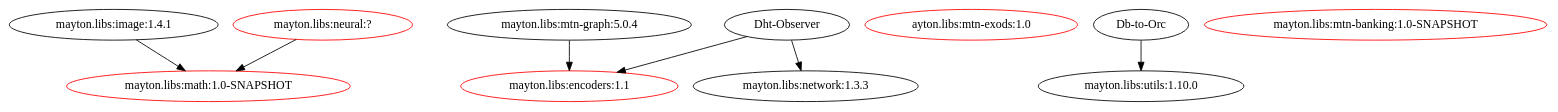
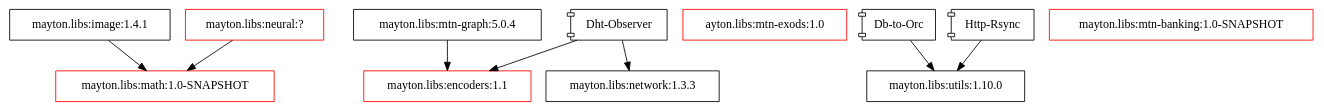
The diagram in libraries/libs.dot (Mark-Kovalyov/cv), drawn with Graphviz before and after one commit. The commit also changed 2 other files, not shown here.

```diff
--- a/libraries/libs.dot
+++ b/libraries/libs.dot
@@ -1,31 +1,33 @@
 digraph mtnuniverse {
      subgraph libraries {
           label = "Libraries";
           color=blue;
 
-          image    [label = "mayton.libs:image:1.4.1"];
-          math     [label = "mayton.libs:math:1.0-SNAPSHOT" color = red];
-          neural   [label = "mayton.libs:neural:?" color = red];
-          "graph"  [label = "mayton.libs:mtn-graph:5.0.4" ];
-          exods    [label = "ayton.libs:mtn-exods:1.0" color = red]
-          encoders [label = "mayton.libs:encoders:1.1" color = red];
-          network  [label = "mayton.libs:network:1.3.3"];
-          utils    [label = "mayton.libs:utils:1.10.0"];
-          banking  [label = "mayton.libs:mtn-banking:1.0-SNAPSHOT" color = red];
+          image    [label = "mayton.libs:image:1.4.1" shape = box];
+          math     [label = "mayton.libs:math:1.0-SNAPSHOT" color = red shape = box;];
+          neural   [label = "mayton.libs:neural:?" color = red shape = box;];
+          "graph"  [label = "mayton.libs:mtn-graph:5.0.4" shape = box;];
+          exods    [label = "ayton.libs:mtn-exods:1.0" color = red shape = box;]
+          encoders [label = "mayton.libs:encoders:1.1" color = red shape = box;];
+          network  [label = "mayton.libs:network:1.3.3" shape = box;];
+          utils    [label = "mayton.libs:utils:1.10.0" shape = box;];
+          banking  [label = "mayton.libs:mtn-banking:1.0-SNAPSHOT" color = red shape = box;];
 
           neural -> math;
           image -> math;
           "graph" -> encoders;
      }
 
      subgraph applications {
           style=filled;
 
-          db2orc [label = "Db-to-Orc" ];
-          dhtobserver [label = "Dht-Observer" ];
+          db2orc [label = "Db-to-Orc" shape = component];
+          httprsync [label = "Http-Rsync" shape = component];
+          dhtobserver [label = "Dht-Observer" shape = component];
           db2orc -> utils;
+          httprsync -> utils;
           dhtobserver -> encoders;
           dhtobserver -> network;
      }
 
 }
```
